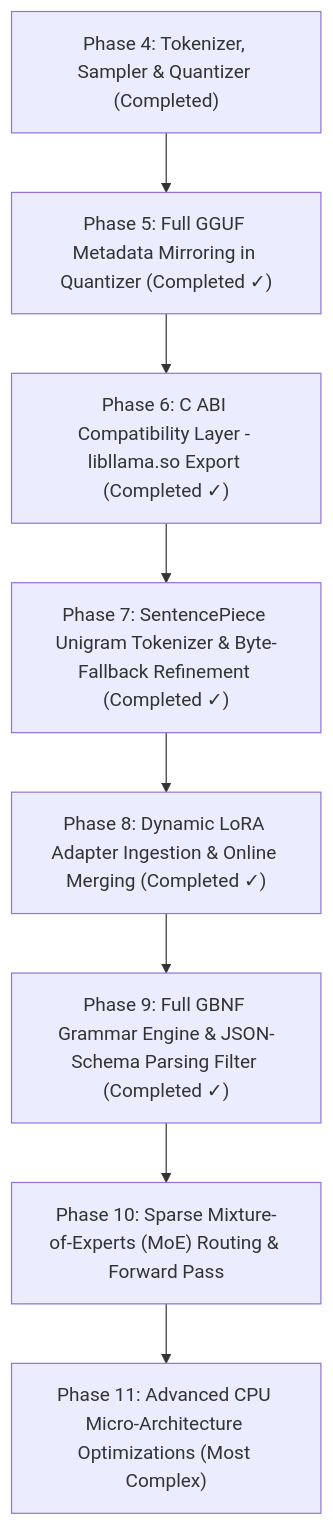
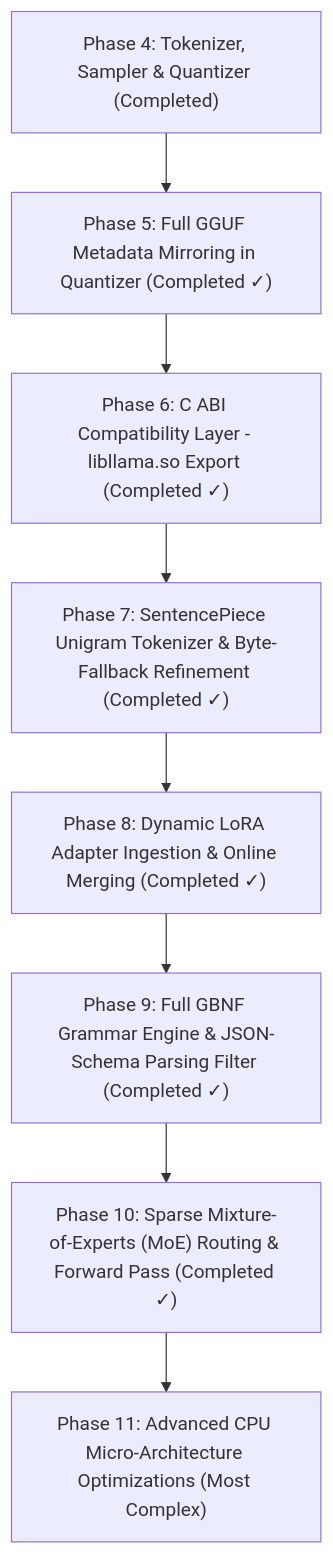
The diagram in docs/pure_cpu_extension_plan.md (tasahi/llamojo), drawn with Mermaid before and after one commit. The commit also changed other lines of this file and 10 other files, not shown here.

Commit message:
feat: Sparse Mixture-of-Experts (MoE) Routing & Forward Pass

````diff
--- a/docs/pure_cpu_extension_plan.md
+++ b/docs/pure_cpu_extension_plan.md
@@ -13,19 +13,19 @@
 ```mermaid
 flowchart TD
     P4["Phase 4: Tokenizer, Sampler & Quantizer (Completed)"]
     P5["Phase 5: Full GGUF Metadata Mirroring in Quantizer (Completed ✓)"]
     P6["Phase 6: C ABI Compatibility Layer - libllama.so Export (Completed ✓)"]
     P7["Phase 7: SentencePiece Unigram Tokenizer & Byte-Fallback Refinement (Completed ✓)"]
     P8["Phase 8: Dynamic LoRA Adapter Ingestion & Online Merging (Completed ✓)"]
     P9["Phase 9: Full GBNF Grammar Engine & JSON-Schema Parsing Filter (Completed ✓)"]
-    P10["Phase 10: Sparse Mixture-of-Experts (MoE) Routing & Forward Pass"]
+    P10["Phase 10: Sparse Mixture-of-Experts (MoE) Routing & Forward Pass (Completed ✓)"]
     P11["Phase 11: Advanced CPU Micro-Architecture Optimizations (Most Complex)"]
 
     P4 --> P5
     P5 --> P6
     P6 --> P7
     P7 --> P8
     P8 --> P9
     P9 --> P10
     P10 --> P11
 ```
````
